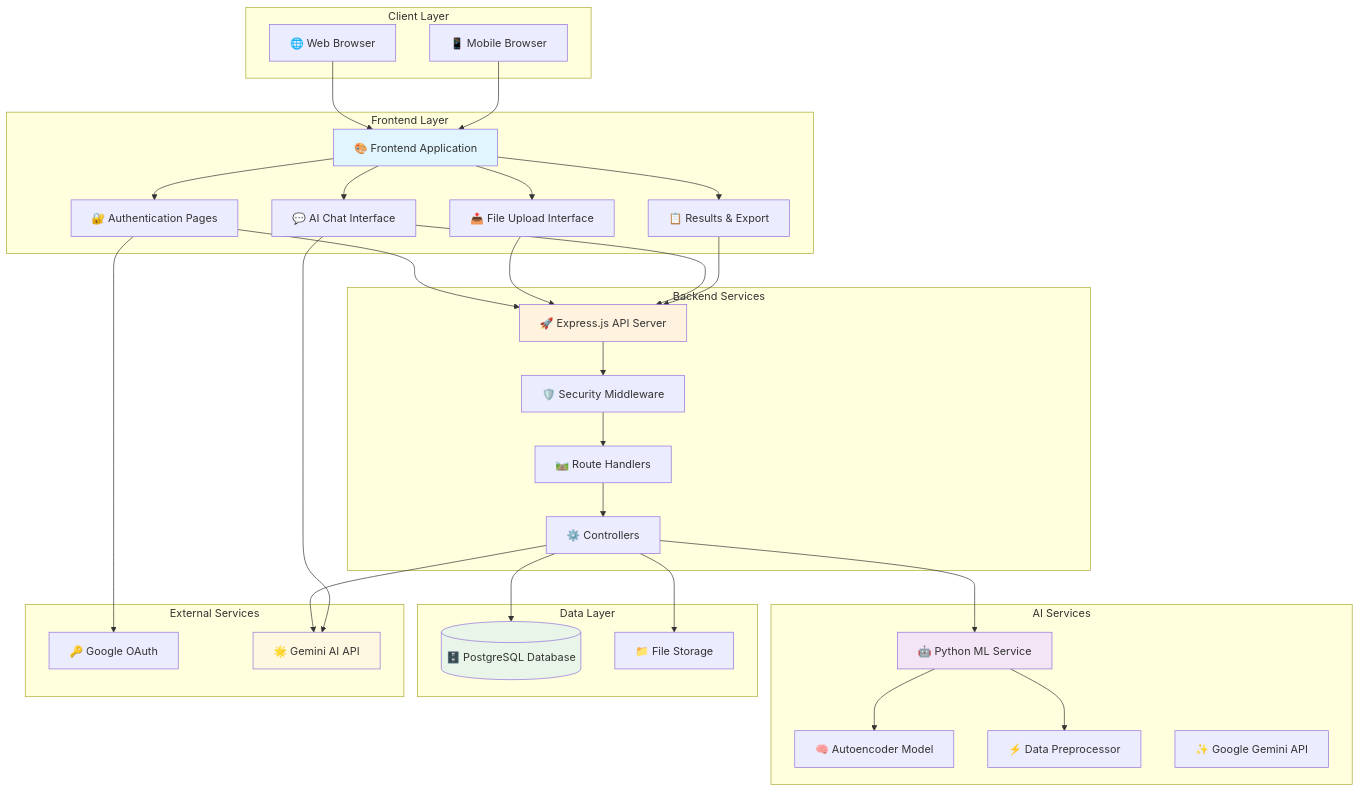
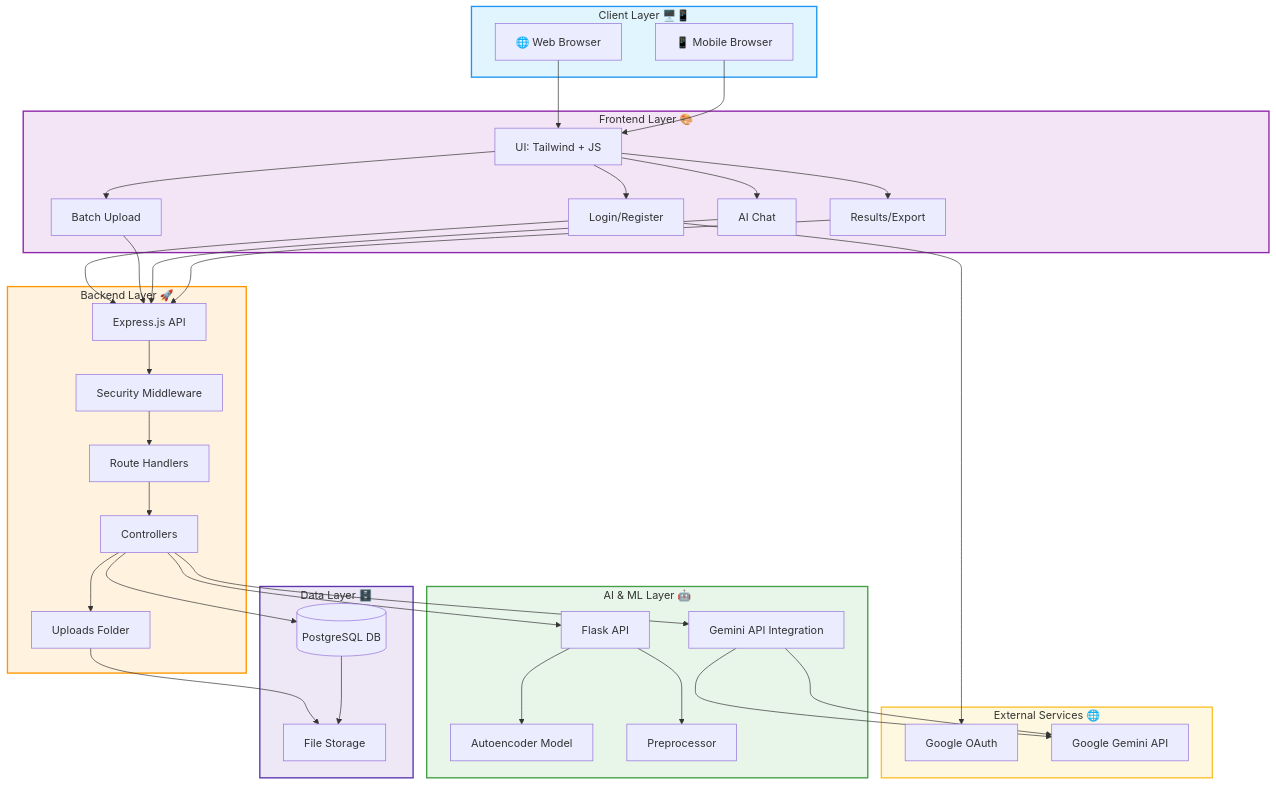
Before and after one commit to hasibashari/fraud-detector: the diagram in README.md, drawn with Mermaid. The commit also changed other lines of this file, not shown here.

````diff
--- a/README.md
+++ b/README.md
@@ -69,72 +69,84 @@
 ```mermaid
-graph TB
-    subgraph "Client Layer"
+%% Improved System Architecture Diagram
+flowchart TD
+    subgraph CLIENT[Client Layer 🖥️📱]
         WEB[🌐 Web Browser]
         MOB[📱 Mobile Browser]
     end
 
-    subgraph "Frontend Layer"
-        UI[🎨 Frontend Application]
-        AUTH[🔐 Authentication Pages]
-        UPLOAD[📤 File Upload Interface]
-        CHAT[💬 AI Chat Interface]
-        RESULTS[📋 Results & Export]
+    subgraph FRONTEND[Frontend Layer 🎨]
+        UI[UI: Tailwind + JS]
+        AUTH[Login/Register]
+        UPLOAD[Batch Upload]
+        CHAT[AI Chat]
+        RESULTS[Results/Export]
     end
 
-    subgraph "Backend Services"
-        API[🚀 Express.js API Server]
-        MIDDLEWARE[🛡️ Security Middleware]
-        ROUTES[🛤️ Route Handlers]
-        CTRL[⚙️ Controllers]
+    subgraph BACKEND[Backend Layer 🚀]
+        API[Express.js API]
+        MIDDLEWARE[Security Middleware]
+        ROUTES[Route Handlers]
+        CTRL[Controllers]
+        FILES[Uploads Folder]
     end
 
-    subgraph "AI Services"
-        ML[🤖 Python ML Service]
-        AUTOENC[🧠 Autoencoder Model]
-        PREPROC[⚡ Data Preprocessor]
-        GEMINI[✨ Google Gemini API]
+    subgraph AI[AI & ML Layer 🤖]
+        PYAPI[Flask API]
+        MODEL[Autoencoder Model]
+        PREPROC[Preprocessor]
+        GEMINI[Gemini API Integration]
     end
 
-    subgraph "Data Layer"
-        DB[(🗄️ PostgreSQL Database)]
-        UPLOADS[📁 File Storage]
+    subgraph DATA[Data Layer 🗄️]
+        DB[(PostgreSQL DB)]
+        STORAGE[File Storage]
     end
 
-    subgraph "External Services"
-        GOOGLE[🔑 Google OAuth]
-        GEMINI_API[🌟 Gemini AI API]
+    subgraph EXTERNAL[External Services 🌐]
+        GOOGLE[Google OAuth]
+        GEMINI_API[Google Gemini API]
     end
 
-    WEB --> UI
-    MOB --> UI
+    %% Client to Frontend
+    WEB & MOB --> UI
     UI --> AUTH
     UI --> UPLOAD
     UI --> CHAT
     UI --> RESULTS
 
+    %% Frontend to Backend
     AUTH --> API
     UPLOAD --> API
     CHAT --> API
     RESULTS --> API
 
+    %% Backend internals
     API --> MIDDLEWARE
     MIDDLEWARE --> ROUTES
     ROUTES --> CTRL
+    CTRL --> DB
+    CTRL --> FILES
+    CTRL --> PYAPI
+    CTRL --> GEMINI
 
-    CTRL --> ML
-    CTRL --> DB
-    CTRL --> UPLOADS
-    CTRL --> GEMINI_API
+    %% AI Layer
+    PYAPI --> MODEL
+    PYAPI --> PREPROC
+    GEMINI --> GEMINI_API
 
-    ML --> AUTOENC
-    ML --> PREPROC
+    %% Data Layer
+    FILES --> STORAGE
+    DB --> STORAGE
 
+    %% External
     AUTH --> GOOGLE
-    CHAT --> GEMINI_API
+    GEMINI --> GEMINI_API
 
-    style UI fill:#e1f5fe
-    style API fill:#fff3e0
-    style ML fill:#f3e5f5
-    style DB fill:#e8f5e8
-    style GEMINI_API fill:#fff8e1
+    %% Styling
+    style CLIENT fill:#e1f5fe,stroke:#2196f3,stroke-width:2px
+    style FRONTEND fill:#f3e5f5,stroke:#8e24aa,stroke-width:2px
+    style BACKEND fill:#fff3e0,stroke:#ff9800,stroke-width:2px
+    style AI fill:#e8f5e9,stroke:#43a047,stroke-width:2px
+    style DATA fill:#ede7f6,stroke:#5e35b1,stroke-width:2px
+    style EXTERNAL fill:#fff8e1,stroke:#fbc02d,stroke-width:2px
 ```
````
